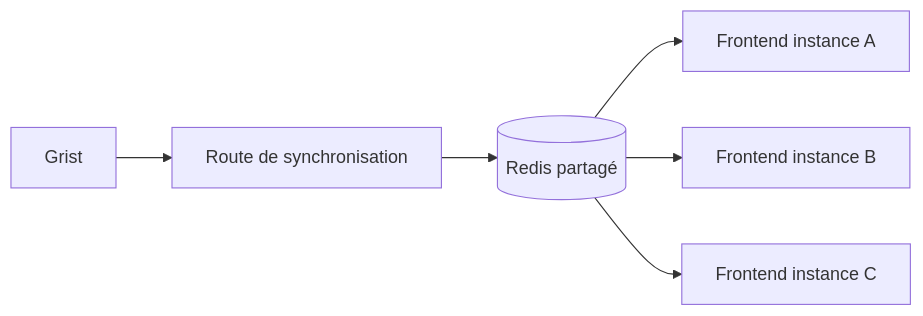
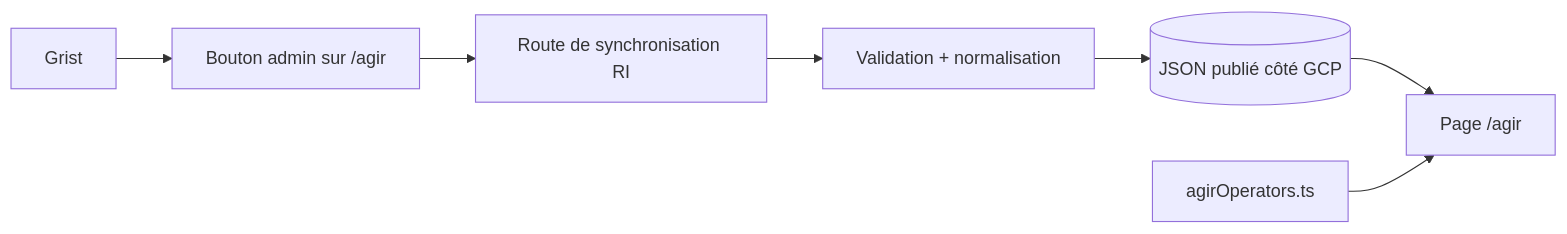
Before and after one commit to refugies-info/karfur: the first of 3 diagrams in documentation/client/agir-grist-sync/technical-plan.md, drawn with Mermaid. The commit also changed other lines of this file and 1 other file, not shown here.

Commit message:
chore(documentation): mise à jour de la documentation sur la synchronisation des opérateurs AGIR depuis Grist

````diff
--- a/documentation/client/agir-grist-sync/technical-plan.md
+++ b/documentation/client/agir-grist-sync/technical-plan.md
@@ -80,8 +17,9 @@
 ```mermaid
 flowchart LR
-  G[Grist] --> S[Route de synchronisation]
-  S --> R[(Redis partagé)]
-  R --> A[Frontend instance A]
-  R --> B[Frontend instance B]
-  R --> C[Frontend instance C]
+  A[Grist] --> B[Bouton admin sur /agir]
+  B --> C[Route de synchronisation RI]
+  C --> D[Validation + normalisation]
+  D --> E[(JSON publié côté GCP)]
+  E --> F[Page /agir]
+  G[agirOperators.ts] --> F
 ```
````
